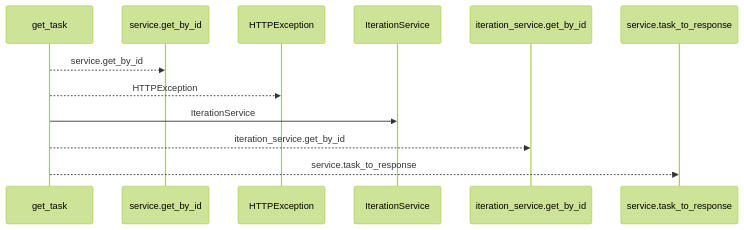
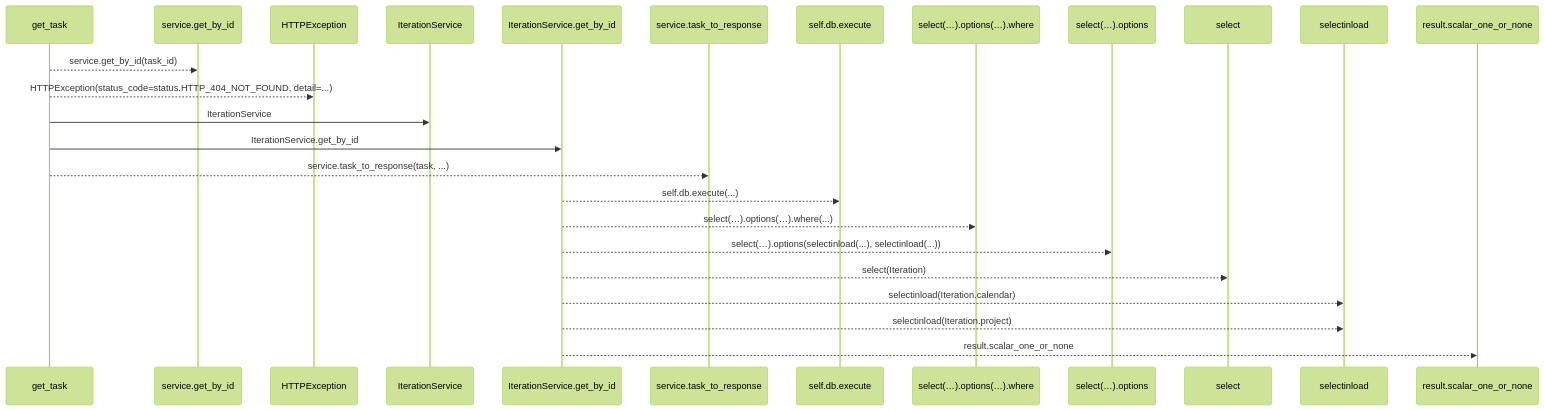
Before and after one commit to Denissvgn/WorkChord: the first of 2 diagrams in docs/llm_wiki/flows/http-get_task.md, drawn with Mermaid (forest theme). The commit also changed other lines of this file and 25171 other files, not shown here.

````diff
--- a/docs/llm_wiki/flows/http-get_task.md
+++ b/docs/llm_wiki/flows/http-get_task.md
@@ -10,14 +12,27 @@
 ```mermaid
 sequenceDiagram
     participant p0 as get_task
     participant p1 as service.get_by_id
     participant p2 as HTTPException
     participant p3 as IterationService
-    participant p4 as iteration_service.get_by_id
+    participant p4 as IterationService.get_by_id
     participant p5 as service.task_to_response
-    p0-->>p1: service.get_by_id
-    p0-->>p2: HTTPException
+    participant p6 as self.db.execute
+    participant p7 as select(…).options(…).where
+    participant p8 as select(…).options
+    participant p9 as select
+    participant p10 as selectinload
+    participant p11 as result.scalar_one_or_none
+    p0-->>p1: service.get_by_id(task_id)
+    p0-->>p2: HTTPException(status_code=status.HTTP_404_NOT_FOUND, detail=...)
     p0->>p3: IterationService
-    p0-->>p4: iteration_service.get_by_id
-    p0-->>p5: service.task_to_response
+    p0->>p4: IterationService.get_by_id
+    p0-->>p5: service.task_to_response(task, ...)
+    p4-->>p6: self.db.execute(...)
+    p4-->>p7: select(…).options(…).where(...)
+    p4-->>p8: select(…).options(selectinload(...), selectinload(...))
+    p4-->>p9: select(Iteration)
+    p4-->>p10: selectinload(Iteration.calendar)
+    p4-->>p10: selectinload(Iteration.project)
+    p4-->>p11: result.scalar_one_or_none
 ```
````
